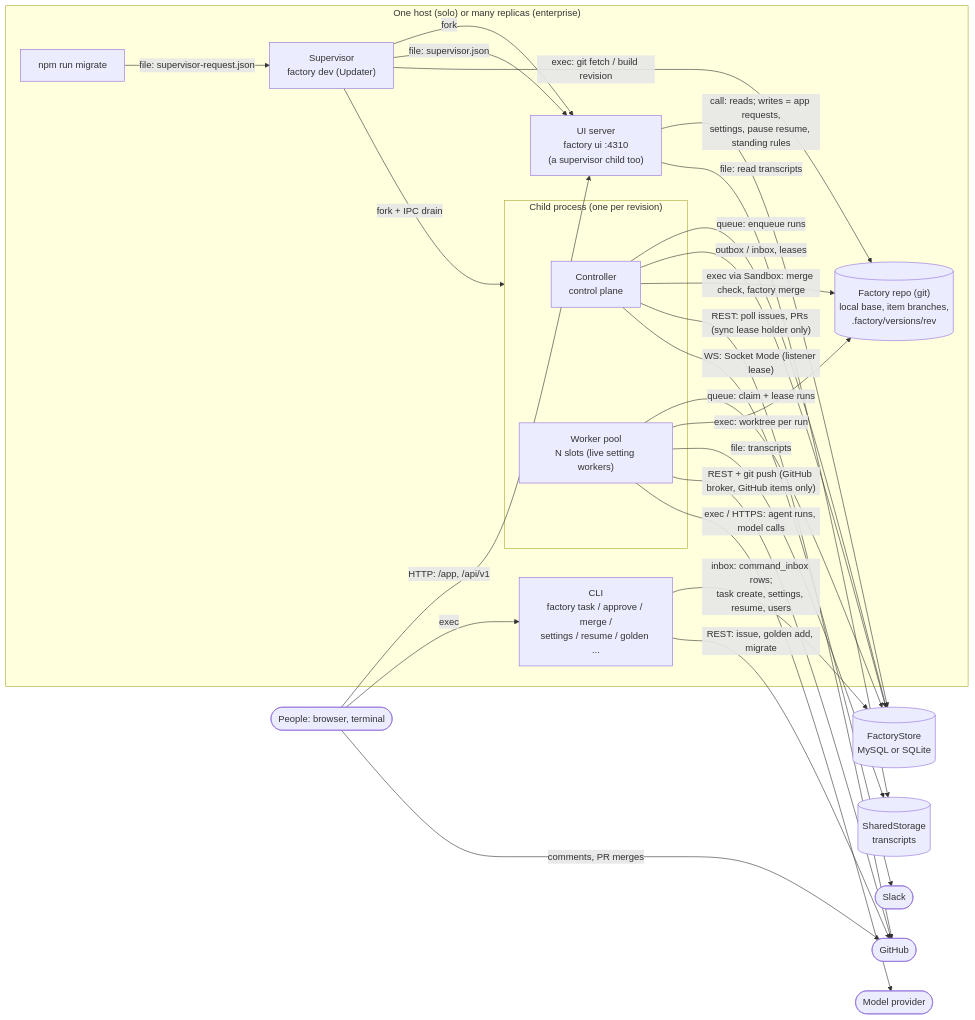
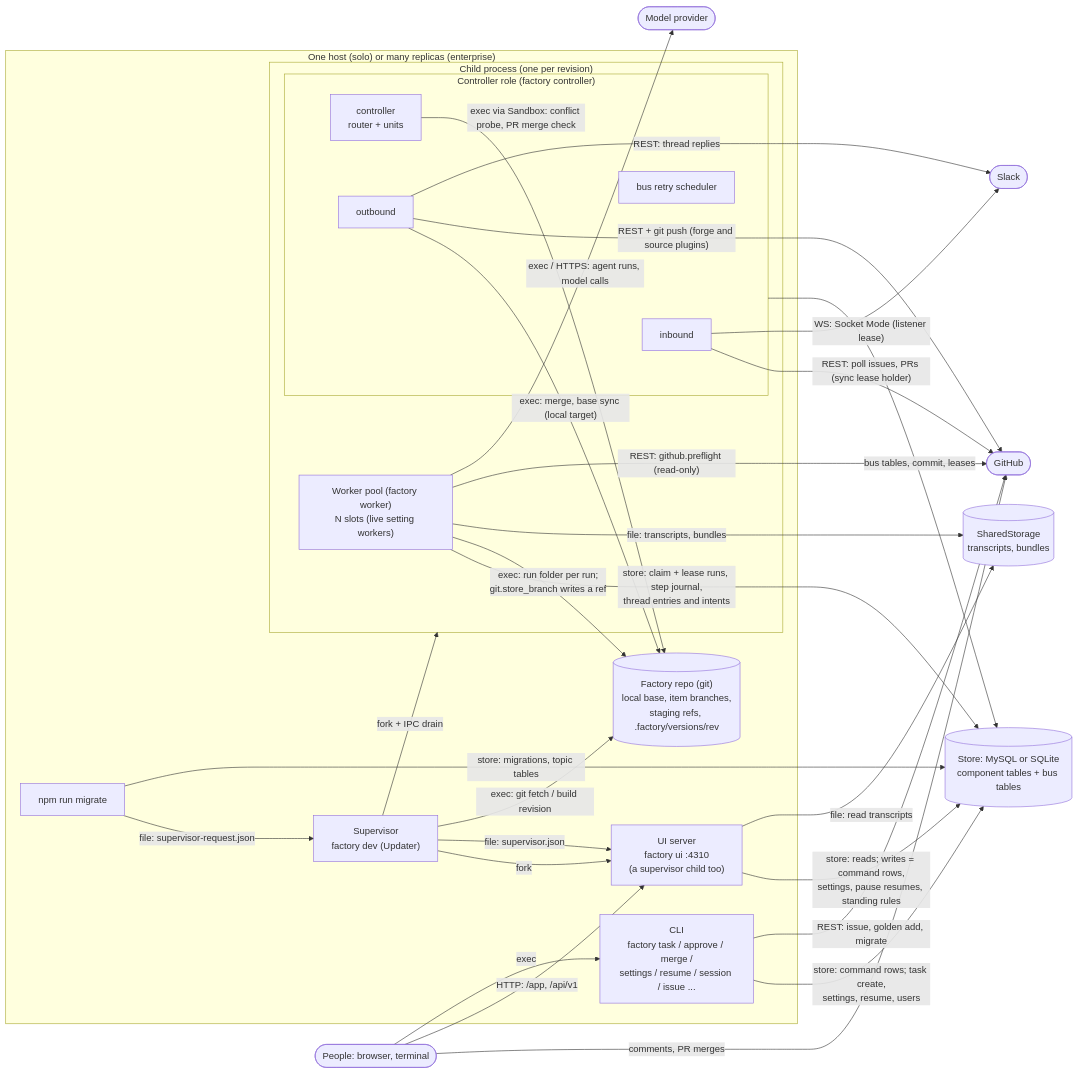
Before and after one commit to seonWKim/software-factory: the first of 6 diagrams in ARCHITECTURE.md, drawn with Mermaid. The commit also changed other lines of this file and 1 other file, not shown here.

First line of the commit message:
Docs: ARCHITECTURE.md and docs/architecture.md describe the RFC 0015 components

````diff
--- a/ARCHITECTURE.md
+++ b/ARCHITECTURE.md
@@ -28,44 +32,52 @@
 ```mermaid
 graph LR
   subgraph HOST["One host (solo) or many replicas (enterprise)"]
     SUP["Supervisor<br/>factory dev (Updater)"]
     subgraph CHILD["Child process (one per revision)"]
-      CTL["Controller<br/>control plane"]
-      WP["Worker pool<br/>N slots (live setting workers)"]
+      subgraph CR["Controller role (factory controller)"]
+        INB["inbound"]
+        CTL["controller<br/>router + units"]
+        OUT["outbound"]
+        BUSS["bus retry scheduler"]
+      end
+      WP["Worker pool (factory worker)<br/>N slots (live setting workers)"]
     end
     UI["UI server<br/>factory ui :4310<br/>(a supervisor child too)"]
-    CLI["CLI<br/>factory task / approve / merge /<br/>settings / resume / golden ..."]
+    CLI["CLI<br/>factory task / approve / merge /<br/>settings / resume / session / issue ..."]
     MIG["npm run migrate"]
-    REPO[("Factory repo (git)<br/>local base, item branches,<br/>.factory/versions/rev")]
+    REPO[("Factory repo (git)<br/>local base, item branches,<br/>staging refs, .factory/versions/rev")]
   end
 
-  STORE[("FactoryStore<br/>MySQL or SQLite")]
-  STG[("SharedStorage<br/>transcripts")]
+  STORE[("Store: MySQL or SQLite<br/>component tables + bus tables")]
+  STG[("SharedStorage<br/>transcripts, bundles")]
   GH(["GitHub"])
   SL(["Slack"])
   LLM(["Model provider"])
   PEOPLE(["People: browser, terminal"])
 
   SUP -- "fork + IPC drain" --> CHILD
   SUP -- "fork" --> UI
   SUP -- "file: supervisor.json" --> UI
   MIG -- "file: supervisor-request.json" --> SUP
+  MIG -- "store: migrations, topic tables" --> STORE
   SUP -- "exec: git fetch / build revision" --> REPO
-  CTL -- "queue: enqueue runs" --> STORE
-  WP -- "queue: claim + lease runs" --> STORE
-  CTL -- "outbox / inbox, leases" --> STORE
-  UI -- "call: reads; writes = app requests,<br/>settings, pause resume, standing rules" --> STORE
-  CLI -- "inbox: command_inbox rows;<br/>task create, settings, resume, users" --> STORE
-  WP -- "exec: worktree per run" --> REPO
-  CTL -- "exec via Sandbox: merge check, factory merge" --> REPO
-  WP -- "file: transcripts" --> STG
+  CR -- "bus tables, commit, leases" --> STORE
+  WP -- "store: claim + lease runs, step journal,<br/>thread entries and intents" --> STORE
+  UI -- "store: reads; writes = command rows,<br/>settings, pause resumes, standing rules" --> STORE
+  CLI -- "store: command rows; task create,<br/>settings, resume, users" --> STORE
+  WP -- "exec: run folder per run;<br/>git.store_branch writes a ref" --> REPO
+  OUT -- "exec: merge, base sync (local target)" --> REPO
+  CTL -- "exec via Sandbox: conflict probe, PR merge check" --> REPO
+  WP -- "file: transcripts, bundles" --> STG
   UI -- "file: read transcripts" --> STG
-  CTL -- "REST: poll issues, PRs (sync lease holder only)" --> GH
-  WP -- "REST + git push (GitHub broker, GitHub items only)" --> GH
+  INB -- "REST: poll issues, PRs (sync lease holder)" --> GH
+  OUT -- "REST + git push (forge and source plugins)" --> GH
+  WP -- "REST: github.preflight (read-only)" --> GH
   CLI -- "REST: issue, golden add, migrate" --> GH
-  CTL -- "WS: Socket Mode (listener lease)" --> SL
+  INB -- "WS: Socket Mode (listener lease)" --> SL
+  OUT -- "REST: thread replies" --> SL
   WP -- "exec / HTTPS: agent runs, model calls" --> LLM
   PEOPLE -- "HTTP: /app, /api/v1" --> UI
   PEOPLE -- "comments, PR merges" --> GH
   PEOPLE -- "exec" --> CLI
 ```
````
